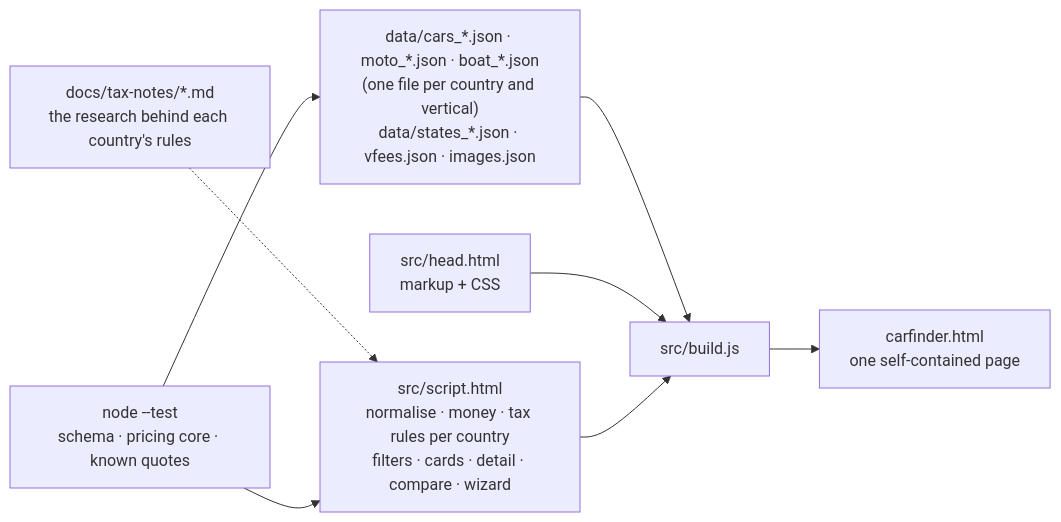
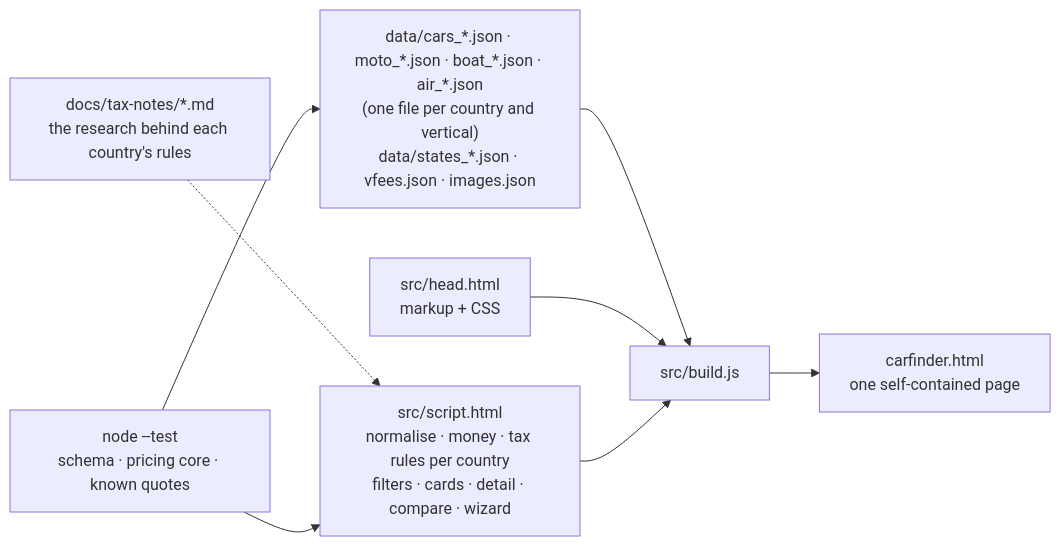
Before and after one commit to cwbhood/carfinder: the diagram in README.md, drawn with Mermaid. The commit also changed other lines of this file and 28 other files, not shown here.

````diff
--- a/README.md
+++ b/README.md
@@ -43,9 +49,9 @@
 ```mermaid
 flowchart LR
-  data["data/cars_*.json · moto_*.json · boat_*.json\n(one file per country and vertical)\ndata/states_*.json · vfees.json · images.json"] --> build["src/build.js"]
+  data["data/cars_*.json · moto_*.json · boat_*.json · air_*.json\n(one file per country and vertical)\ndata/states_*.json · vfees.json · images.json"] --> build["src/build.js"]
   head["src/head.html\nmarkup + CSS"] --> build
   script["src/script.html\nnormalise · money · tax rules per country\nfilters · cards · detail · compare · wizard"] --> build
   build --> page["carfinder.html\none self-contained page"]
   notes["docs/tax-notes/*.md\nthe research behind each country's rules"] -.-> script
   tests["node --test\nschema · pricing core · known quotes"] --> data & script
 ```
````
